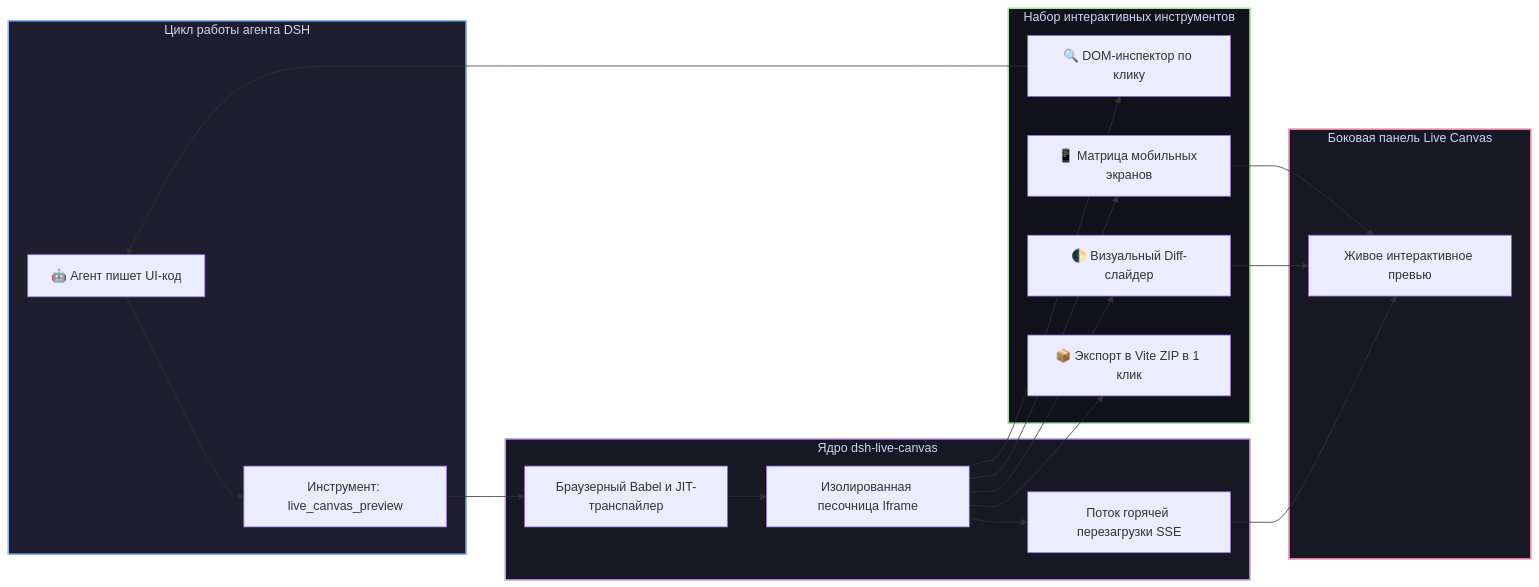
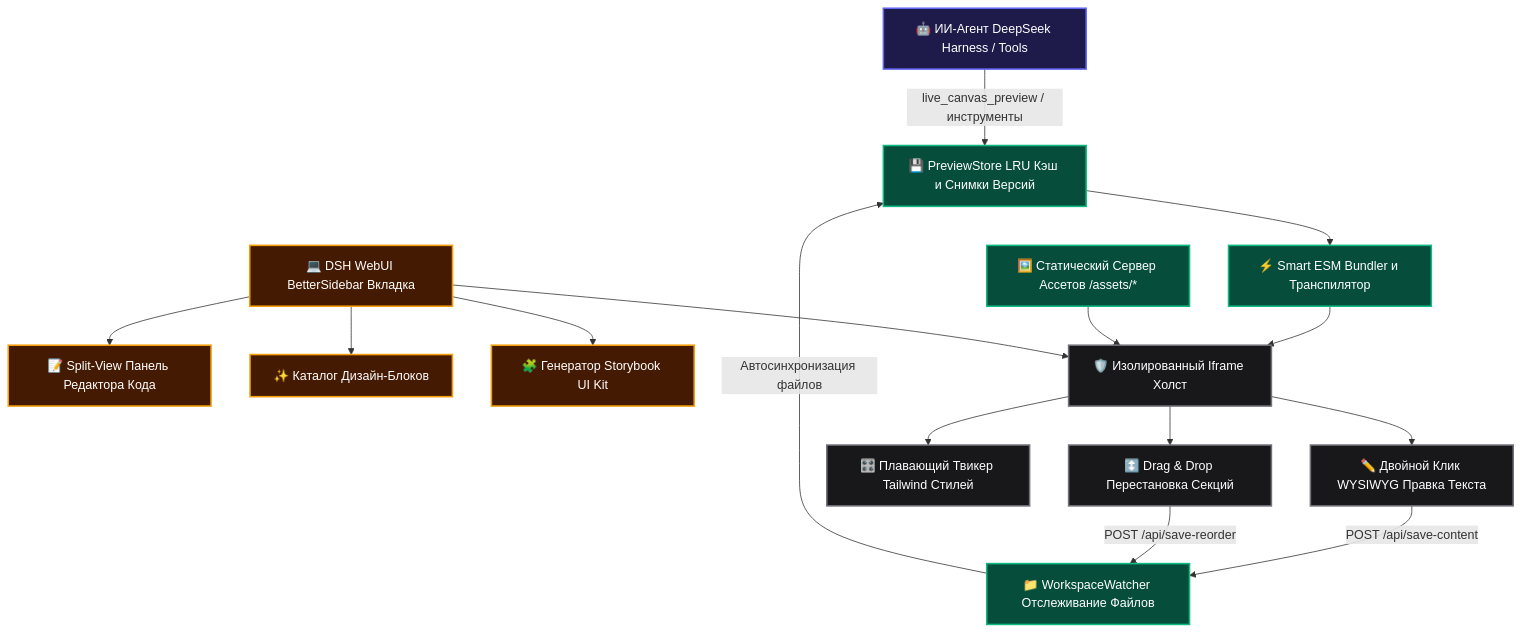
Before and after one commit to GooDAnDReaDY/dsh-live-canvas: the diagram in README.ru.md, drawn with Mermaid. The commit also changed other lines of this file and 2 other files, not shown here.

````diff
--- a/README.ru.md
+++ b/README.ru.md
@@ -34,31 +42,40 @@
 ```mermaid
-graph LR
-    subgraph AgentLoop [Цикл работы агента DSH]
-        Agent[🤖 Агент пишет UI-код] --> Tool[Инструмент: live_canvas_preview]
-    end
+graph TD
+    classDef agent fill:#1e1b4b,stroke:#6366f1,stroke-width:2px,color:#fff;
+    classDef core fill:#064e3b,stroke:#10b981,stroke-width:2px,color:#fff;
+    classDef ui fill:#451a03,stroke:#f59e0b,stroke-width:2px,color:#fff;
+    classDef sandbox fill:#18181b,stroke:#71717a,stroke-width:2px,color:#fff;
 
-    subgraph CanvasCore [Ядро dsh-live-canvas]
-        Tool --> Transpiler[Браузерный Babel и JIT-транспайлер]
-        Transpiler --> Sandbox[Изолированная песочница Iframe]
-        Sandbox --> SSE[Поток горячей перезагрузки SSE]
-    end
+    Agent[🤖 ИИ-Агент DeepSeek Harness / Tools]:::agent
+    Store[💾 PreviewStore LRU Кэш и Снимки Версий]:::core
+    Watcher[📁 WorkspaceWatcher Отслеживание Файлов]:::core
+    Bundler[⚡ Smart ESM Bundler и Транспилятор]:::core
+    StaticAsset[🖼️ Статический Сервер Ассетов /assets/*]:::core
 
-    subgraph Features [Набор интерактивных инструментов]
-        Sandbox --> Inspector[🔍 DOM-инспектор по клику]
-        Sandbox --> Diff[🌓 Визуальный Diff-слайдер]
-        Sandbox --> Matrix[📱 Матрица мобильных экранов]
-        Sandbox --> Pack[📦 Экспорт в Vite ZIP в 1 клик]
-    end
+    WebUI[💻 DSH WebUI BetterSidebar Вкладка]:::ui
+    EditorDrawer[📝 Split-View Панель Редактора Кода]:::ui
+    BlocksModal[✨ Каталог Дизайн-Блоков]:::ui
+    Storybook[🧩 Генератор Storybook UI Kit]:::ui
 
-    subgraph WebUI [Боковая панель Live Canvas]
-        SSE --> Panel[Живое интерактивное превью]
-        Inspector --> Agent
-        Diff --> Panel
-        Matrix --> Panel
-    end
+    SandboxFrame[🛡️ Изолированный Iframe Холст]:::sandbox
+    WYSIWYG[✏️ Двойной Клик WYSIWYG Правка Текста]:::sandbox
+    StyleTweaker[🎛️ Плавающий Твикер Tailwind Стилей]:::sandbox
+    DnD[↕️ Drag & Drop Перестановка Секций]:::sandbox
 
-    style AgentLoop fill:#1e1e2e,stroke:#89b4fa,stroke-width:2px,color:#cdd6f4
-    style CanvasCore fill:#181825,stroke:#cba6f7,stroke-width:2px,color:#cdd6f4
-    style Features fill:#11111b,stroke:#a6e3a1,stroke-width:2px,color:#cdd6f4
-    style WebUI fill:#181825,stroke:#f38ba8,stroke-width:2px,color:#cdd6f4
+    Agent -->|live_canvas_preview / инструменты| Store
+    Watcher -->|Автосинхронизация файлов| Store
+    Store --> Bundler
+    Bundler --> SandboxFrame
+    StaticAsset --> SandboxFrame
+
+    WebUI --> EditorDrawer
+    WebUI --> BlocksModal
+    WebUI --> Storybook
+    WebUI --> SandboxFrame
+
+    SandboxFrame --> WYSIWYG
+    SandboxFrame --> StyleTweaker
+    SandboxFrame --> DnD
+    WYSIWYG -->|POST /api/save-content| Watcher
+    DnD -->|POST /api/save-reorder| Watcher
 ```
````
